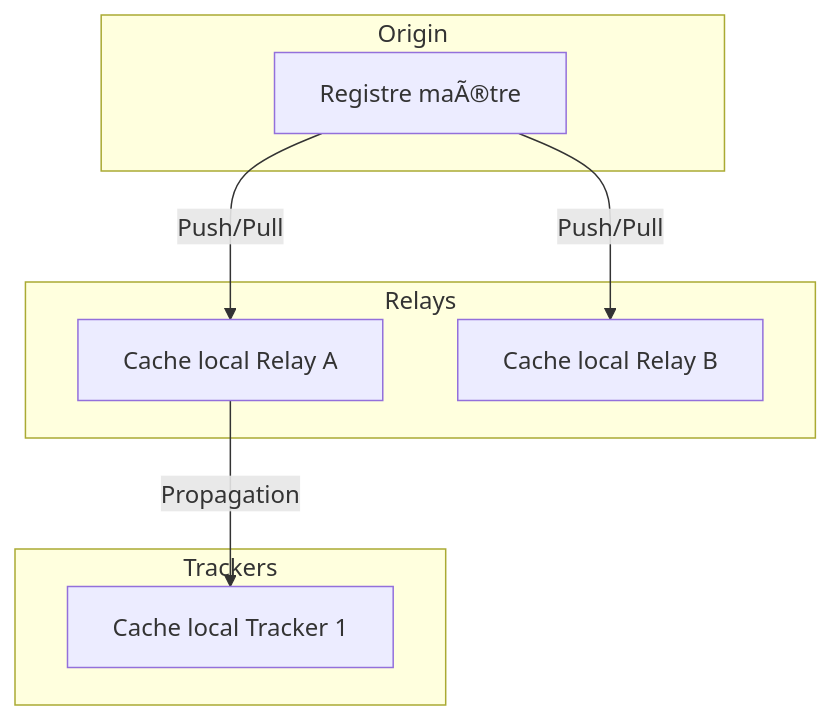
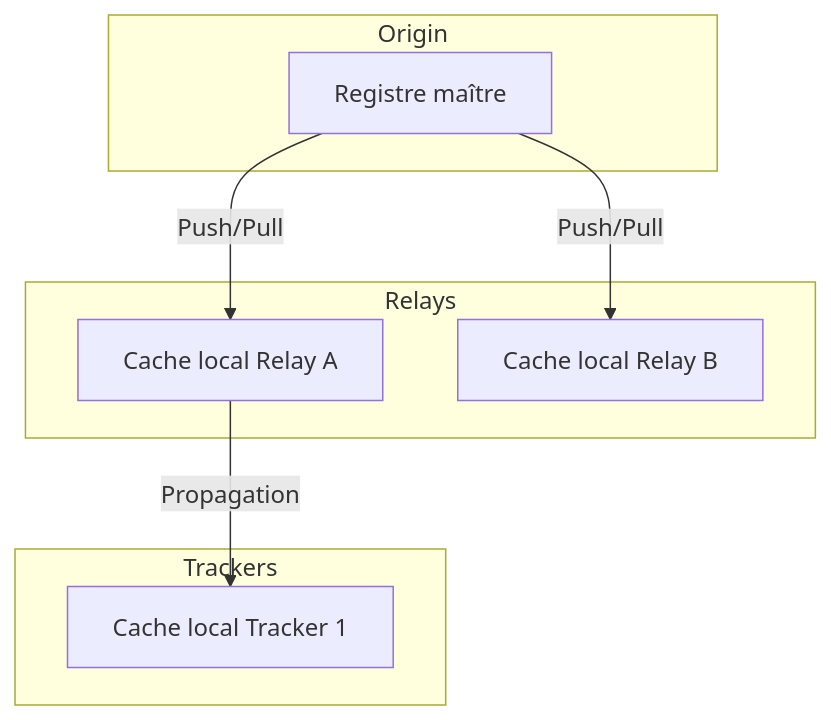
The first of 4 diagrams in docs/miyukini-webway-system/securite/MWS - Registre de Services et Isolation.md (StudioMiyukini/miyukini_cog), drawn with Mermaid before and after one commit. The commit also changed other lines of this file and 564 other files, not shown here.

````diff
--- a/docs/miyukini-webway-system/securite/MWS - Registre de Services et Isolation.md
+++ b/docs/miyukini-webway-system/securite/MWS - Registre de Services et Isolation.md
@@ -73,19 +73,19 @@
 ```mermaid
 flowchart TB
     subgraph Origin["Origin"]
-        REG[Registre maÃ®tre]
+        REG[Registre maître]
     end
 
     subgraph Relays["Relays"]
         R1[Cache local Relay A]
         R2[Cache local Relay B]
     end
 
     subgraph Trackers["Trackers"]
         T1[Cache local Tracker 1]
     end
 
     REG -->|Push/Pull| R1
     REG -->|Push/Pull| R2
     R1 -->|Propagation| T1
 ```
````
